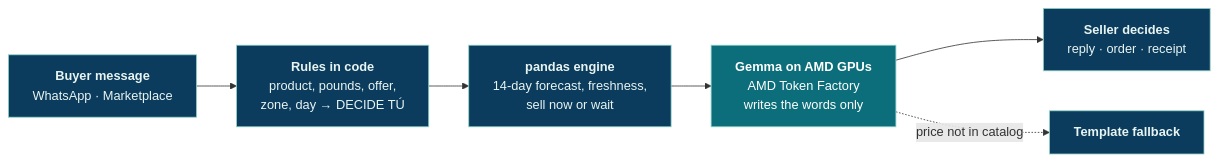
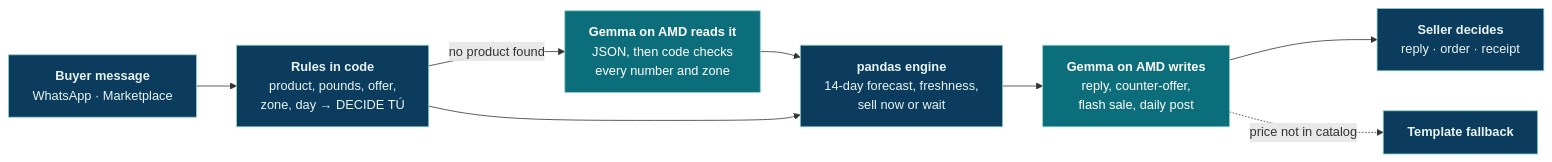
The diagram in README.md (xoradato/marea), drawn with Mermaid before and after one commit. The commit also changed other lines of this file and 2 other files, not shown here.

Commit message:
README and deck: Gemma on AMD reads hard messages (rules 0/10, with Gemma 10/10), Docker

````diff
--- a/README.md
+++ b/README.md
@@ -93,12 +95,14 @@
 ```mermaid
 flowchart LR
     A["<b>Buyer message</b><br/>WhatsApp · Marketplace"] --> B["<b>Rules in code</b><br/>product, pounds, offer,<br/>zone, day → DECIDE TÚ"]
+    B -- "no product found" --> R["<b>Gemma on AMD reads it</b><br/>JSON, then code checks<br/>every number and zone"]
+    R --> C
     B --> C["<b>pandas engine</b><br/>14-day forecast, freshness,<br/>sell now or wait"]
-    C --> D["<b>Gemma on AMD GPUs</b><br/>AMD Token Factory<br/>writes the words only"]
+    C --> D["<b>Gemma on AMD writes</b><br/>reply, counter-offer,<br/>flash sale, daily post"]
     D --> E["<b>Seller decides</b><br/>reply · order · receipt"]
     D -. "price not in catalog" .-> F["<b>Template fallback</b>"]
     classDef code fill:#0B3C5D,stroke:#8FD3C9,color:#E8F4F1
     classDef amd fill:#0C6E7A,stroke:#8FD3C9,color:#FFFFFF
     class A,B,C,E,F code
-    class D amd
+    class D,R amd
 ```
````
